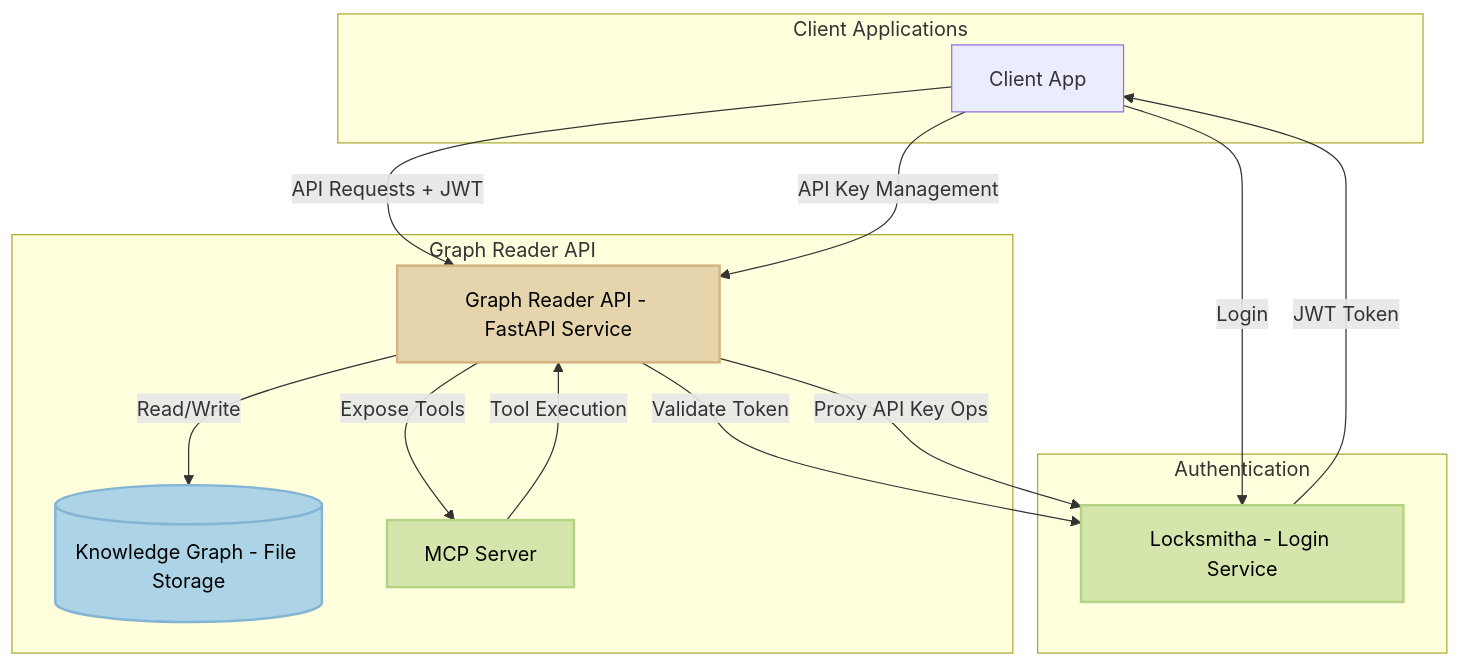
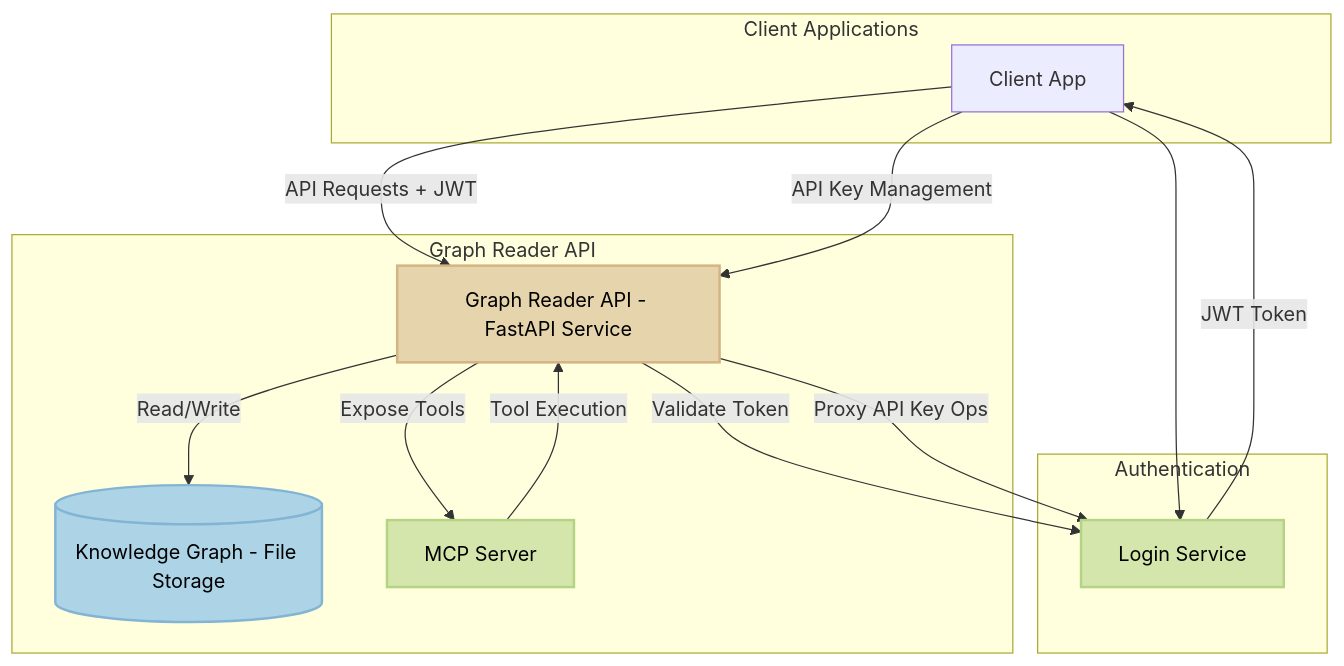
Before and after one commit to beanone/graph_reader_api: the diagram in README.md, drawn with Mermaid. The commit also changed other lines of this file and 3 other files, not shown here.

````diff
--- a/README.md
+++ b/README.md
@@ -33,35 +33,35 @@
 ```mermaid
 graph TD
     subgraph "Client Applications"
         Client[Client App]
     end
 
     subgraph "Authentication"
-        Locksmitha[Locksmitha - Login Service]
+        Login[Login Service]
     end
 
     subgraph "Graph Reader API"
         API[Graph Reader API - FastAPI Service]
         KG[(Knowledge Graph - File Storage)]
         MCP[MCP Server]
     end
 
-    Client -->|Login| Locksmitha
-    Locksmitha -->|JWT Token| Client
+    Client -->Login
+    Login -->|JWT Token| Client
     Client -->|API Requests + JWT| API
-    API -->|Validate Token| Locksmitha
+    API -->|Validate Token| Login
     Client -->|API Key Management| API
-    API -->|Proxy API Key Ops| Locksmitha
+    API -->|Proxy API Key Ops| Login
     API -->|Read/Write| KG
     API -->|Expose Tools| MCP
     MCP -->|Tool Execution| API
 
     classDef primary fill:#E6D5AC,stroke:#D4B483,stroke-width:2px,color:#000
     classDef secondary fill:#D4E6AC,stroke:#B4D483,stroke-width:2px,color:#000
     classDef storage fill:#ACD4E6,stroke:#83B4D4,stroke-width:2px,color:#000
 
     class API primary
     class MCP secondary
-    class Locksmitha secondary
+    class Login secondary
     class KG storage
 ```
````
